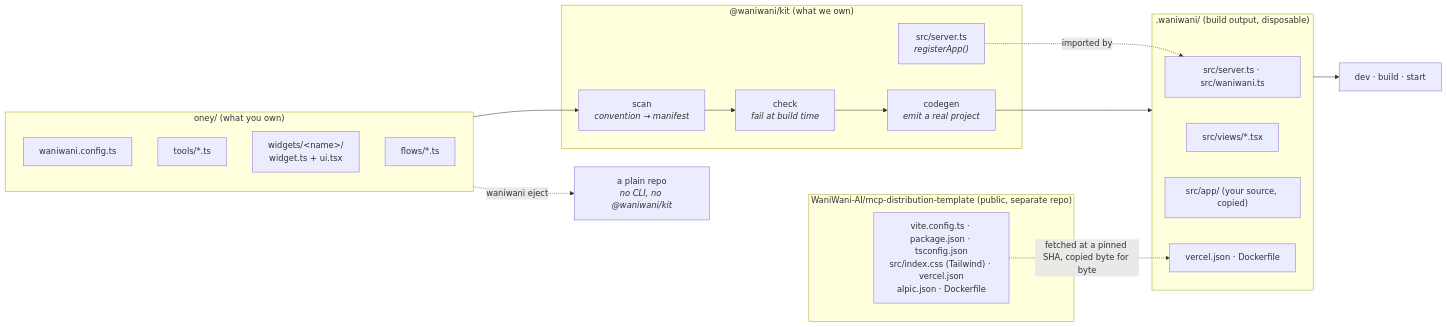
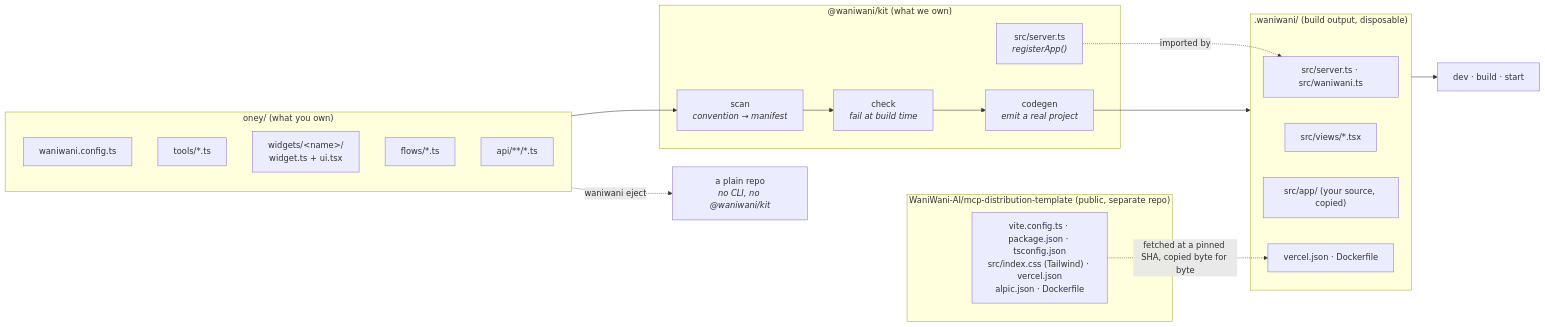
One commit to WaniWani-AI/kit changed the first of 2 diagrams in README.md. Above: the diagram before and after it, drawn with Mermaid. The commit also changed other lines of this file and 11 other files, not shown here.

````diff
--- a/README.md
+++ b/README.md
@@ -417,33 +484,34 @@
 ```mermaid
 flowchart LR
     subgraph app["oney/ (what you own)"]
         cfg["waniwani.config.ts"]
         tools["tools/*.ts"]
         widgets["widgets/&lt;name&gt;/<br/>widget.ts + ui.tsx"]
         flows["flows/*.ts"]
+        api["api/**/*.ts"]
     end
 
     subgraph tpl["WaniWani-AI/mcp-distribution-template (public, separate repo)"]
         raw["vite.config.ts · package.json · tsconfig.json<br/>src/index.css (Tailwind) · vercel.json<br/>alpic.json · Dockerfile"]
     end
 
     subgraph cli["@waniwani/kit (what we own)"]
         scan["scan<br/><i>convention → manifest</i>"]
         check["check<br/><i>fail at build time</i>"]
         gen["codegen<br/><i>emit a real project</i>"]
         runtime["src/server.ts<br/><i>registerApp()</i>"]
     end
 
     subgraph out[".waniwani/ (build output, disposable)"]
         server["src/server.ts · src/waniwani.ts"]
         views["src/views/*.tsx"]
         appsrc["src/app/ (your source, copied)"]
         deployfiles["vercel.json · Dockerfile"]
     end
 
     app --> scan --> check --> gen --> out
     runtime -.imported by.-> server
     raw -.fetched at a pinned SHA, copied byte for byte.-> deployfiles
     out --> deploy["dev · build · start"]
     app -.waniwani eject.-> ejected["a plain repo<br/><i>no CLI, no @waniwani/kit</i>"]
 ```
````
